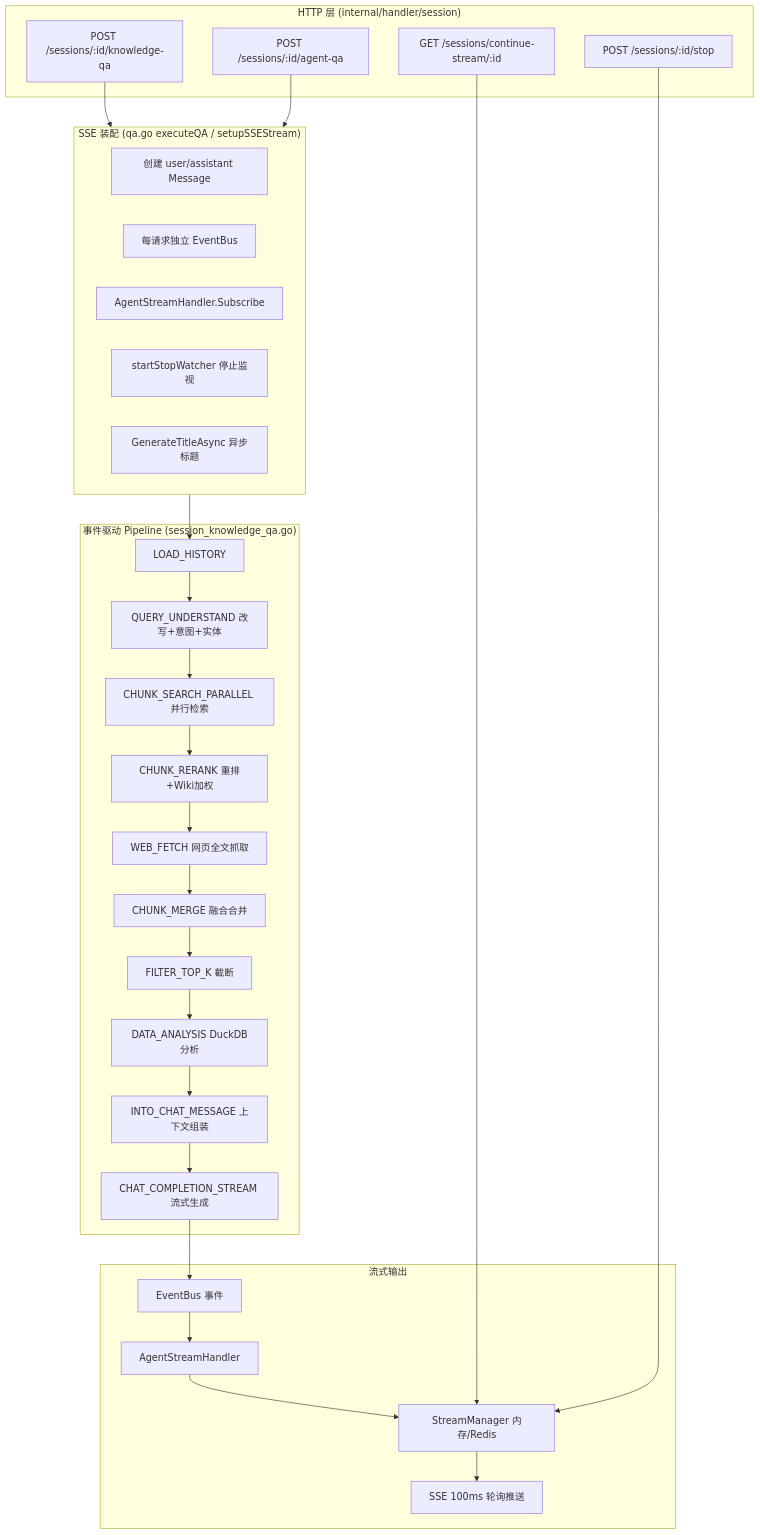
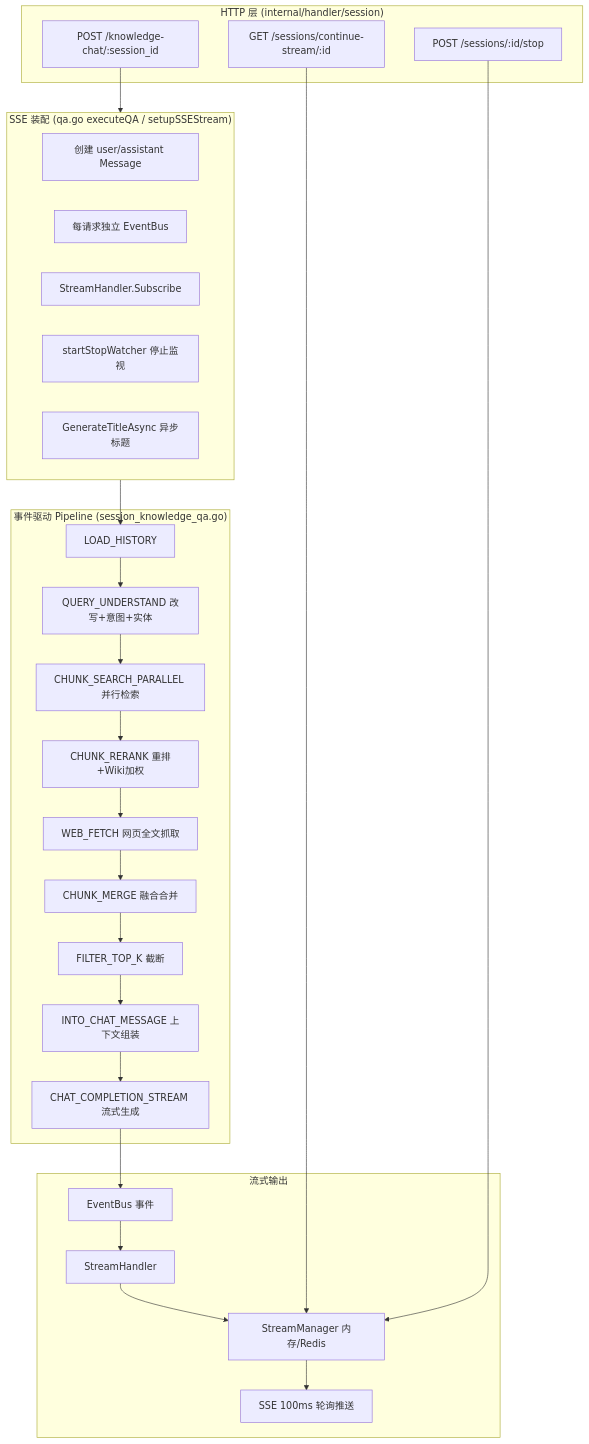
One commit to magicyuan876/Yuheng changed the first of 3 diagrams in website-docs/02-architecture/04-rag-pipeline.md. Above: the diagram before and after it, drawn with Mermaid. The commit also changed other lines of this file and 994 other files, not shown here.

````diff
--- a/website-docs/02-architecture/04-rag-pipeline.md
+++ b/website-docs/02-architecture/04-rag-pipeline.md
@@ -26,44 +26,41 @@
 ```mermaid
 flowchart TD
     subgraph HTTP["HTTP 层 (internal/handler/session)"]
-        A1["POST /sessions/:id/knowledge-qa"]
-        A2["POST /sessions/:id/agent-qa"]
+        A1["POST /knowledge-chat/:session_id"]
         A3["GET /sessions/continue-stream/:id"]
         A4["POST /sessions/:id/stop"]
     end
 
     subgraph Setup["SSE 装配 (qa.go executeQA / setupSSEStream)"]
         B1["创建 user/assistant Message"]
         B2["每请求独立 EventBus"]
-        B3["AgentStreamHandler.Subscribe"]
+        B3["StreamHandler.Subscribe"]
         B4["startStopWatcher 停止监视"]
         B5["GenerateTitleAsync 异步标题"]
     end
 
     subgraph Pipeline["事件驱动 Pipeline (session_knowledge_qa.go)"]
         C0["LOAD_HISTORY"]
         C1["QUERY_UNDERSTAND 改写+意图+实体"]
         C2["CHUNK_SEARCH_PARALLEL 并行检索"]
         C3["CHUNK_RERANK 重排+Wiki加权"]
         C4["WEB_FETCH 网页全文抓取"]
         C5["CHUNK_MERGE 融合合并"]
         C6["FILTER_TOP_K 截断"]
-        C7["DATA_ANALYSIS DuckDB分析"]
-        C8["INTO_CHAT_MESSAGE 上下文组装"]
-        C9["CHAT_COMPLETION_STREAM 流式生成"]
+        C7["INTO_CHAT_MESSAGE 上下文组装"]
+        C8["CHAT_COMPLETION_STREAM 流式生成"]
     end
 
     subgraph Streaming["流式输出"]
         D1["EventBus 事件"]
-        D2["AgentStreamHandler"]
+        D2["StreamHandler"]
         D3["StreamManager 内存/Redis"]
         D4["SSE 100ms 轮询推送"]
     end
 
     A1 --> Setup
-    A2 --> Setup
-    Setup --> C0 --> C1 --> C2 --> C3 --> C4 --> C5 --> C6 --> C7 --> C8 --> C9
-    C9 --> D1 --> D2 --> D3 --> D4
+    Setup --> C0 --> C1 --> C2 --> C3 --> C4 --> C5 --> C6 --> C7 --> C8
+    C8 --> D1 --> D2 --> D3 --> D4
     A3 --> D3
     A4 --> D3
 ```
````
